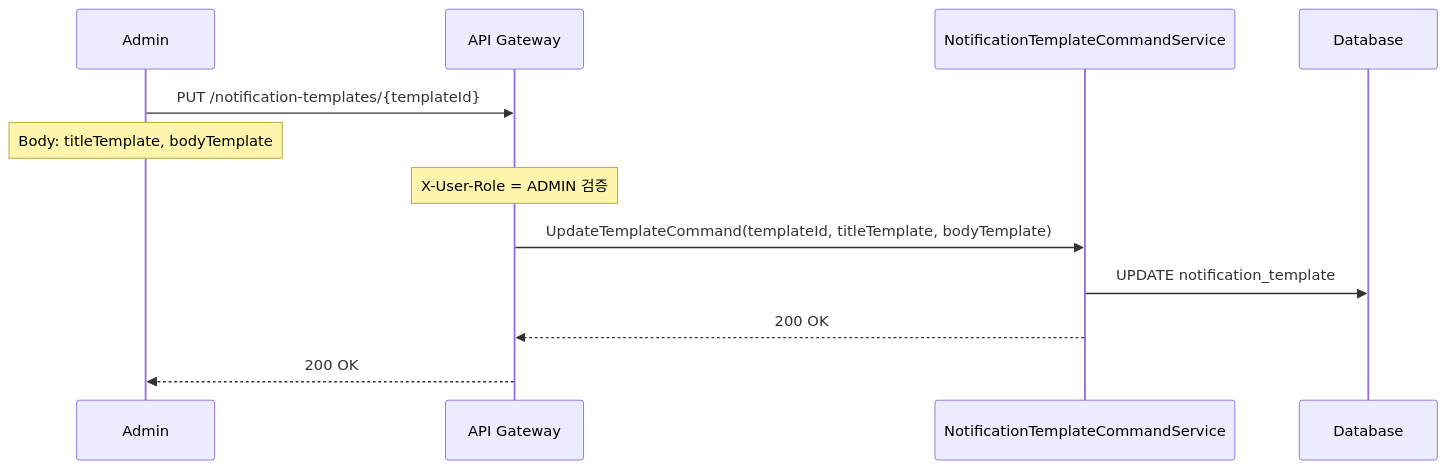
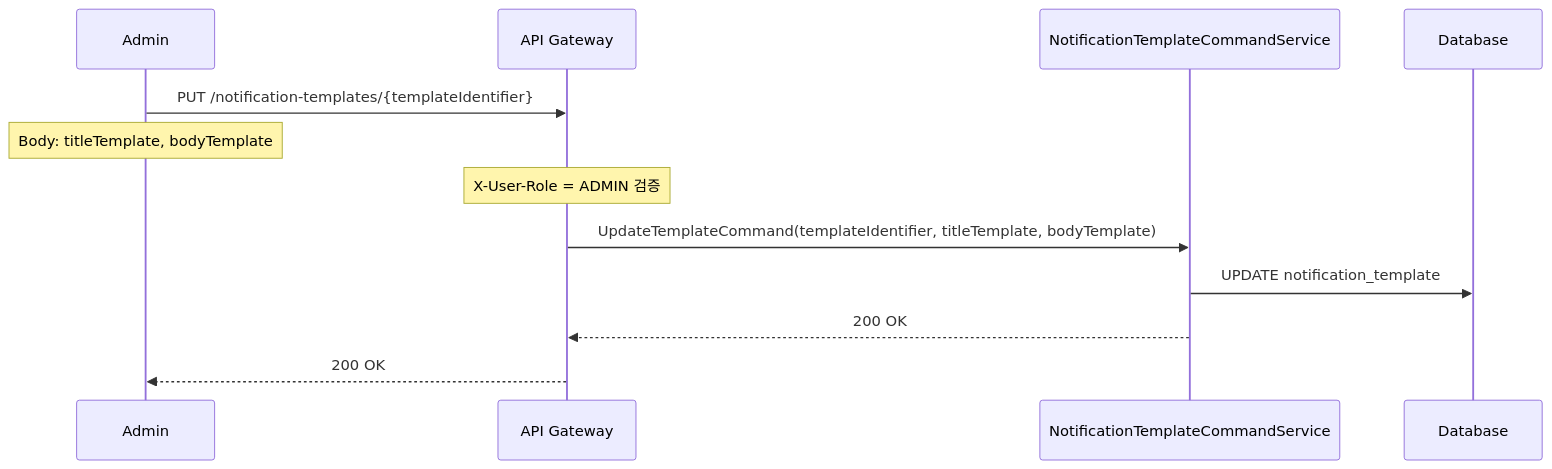
Before and after one commit to Trade-Pilot/.github: the ninth of 9 diagrams in backend/notification/sequence-diagram.md, drawn with Mermaid. The commit also changed other lines of this file and 17 other files, not shown here.

````diff
--- a/backend/notification/sequence-diagram.md
+++ b/backend/notification/sequence-diagram.md
@@ -269,16 +269,16 @@
 ```mermaid
 sequenceDiagram
     participant Admin
     participant GW as API Gateway
     participant NS as NotificationTemplateCommandService
     participant DB as Database
 
-    Admin->>GW: PUT /notification-templates/{templateId}
+    Admin->>GW: PUT /notification-templates/{templateIdentifier}
     Note over Admin: Body: titleTemplate, bodyTemplate
     Note over GW: X-User-Role = ADMIN 검증
 
-    GW->>NS: UpdateTemplateCommand(templateId, titleTemplate, bodyTemplate)
+    GW->>NS: UpdateTemplateCommand(templateIdentifier, titleTemplate, bodyTemplate)
     NS->>DB: UPDATE notification_template
     NS-->>GW: 200 OK
     GW-->>Admin: 200 OK
 ```
````
